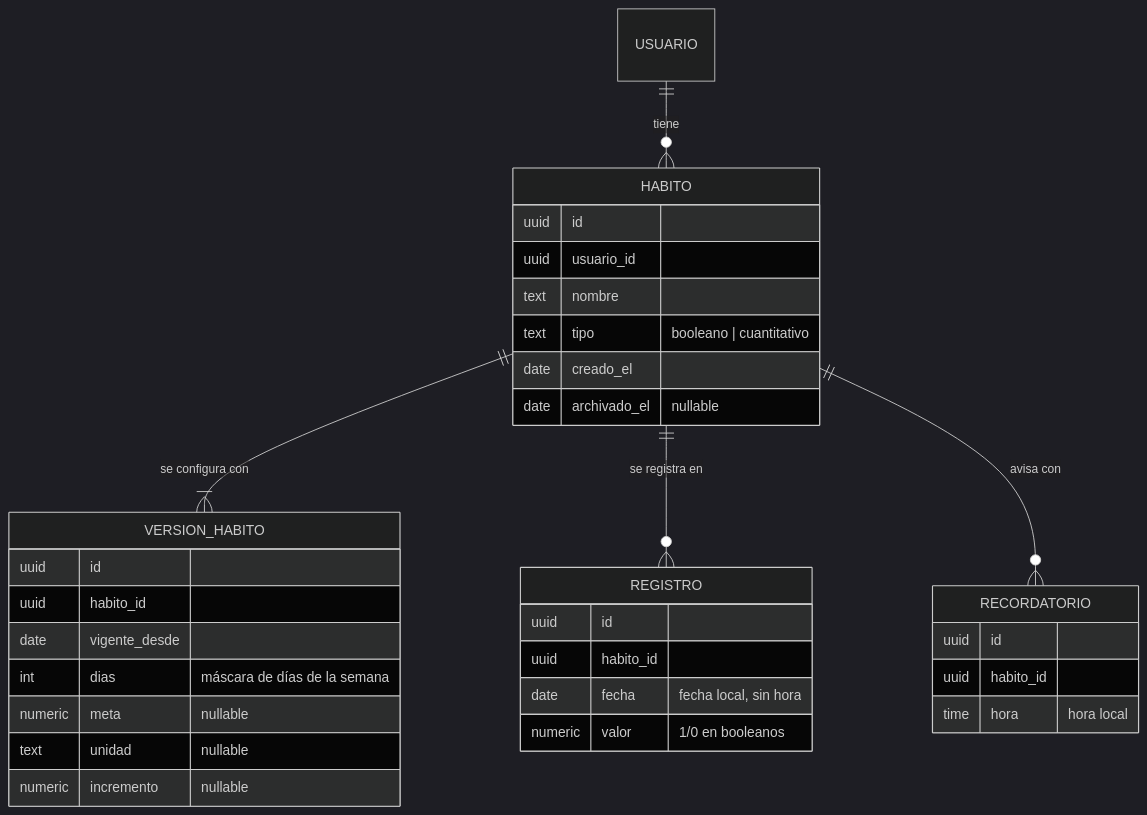
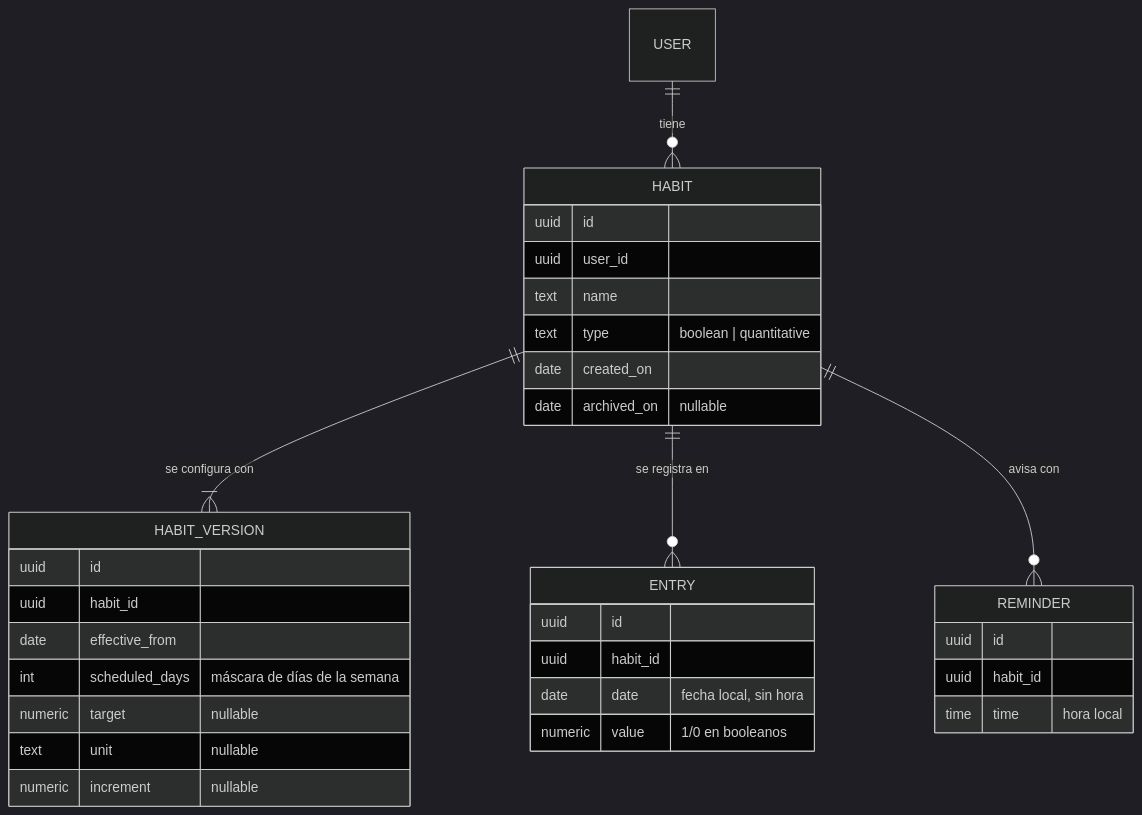
The second of 2 diagrams in docs/arquitectura.md (jota-marcar/habitos), drawn with Mermaid (dark theme) before and after one commit. The commit also changed other lines of this file and 33 other files, not shown here.

````diff
--- a/docs/arquitectura.md
+++ b/docs/arquitectura.md
@@ -89,36 +92,36 @@
 ```mermaid
 erDiagram
-    USUARIO ||--o{ HABITO : tiene
-    HABITO ||--|{ VERSION_HABITO : "se configura con"
-    HABITO ||--o{ REGISTRO : "se registra en"
-    HABITO ||--o{ RECORDATORIO : "avisa con"
+    USER ||--o{ HABIT : tiene
+    HABIT ||--|{ HABIT_VERSION : "se configura con"
+    HABIT ||--o{ ENTRY : "se registra en"
+    HABIT ||--o{ REMINDER : "avisa con"
 
-    HABITO {
+    HABIT {
         uuid id
-        uuid usuario_id
-        text nombre
-        text tipo "booleano | cuantitativo"
-        date creado_el
-        date archivado_el "nullable"
+        uuid user_id
+        text name
+        text type "boolean | quantitative"
+        date created_on
+        date archived_on "nullable"
     }
-    VERSION_HABITO {
+    HABIT_VERSION {
         uuid id
-        uuid habito_id
-        date vigente_desde
-        int dias "máscara de días de la semana"
-        numeric meta "nullable"
-        text unidad "nullable"
-        numeric incremento "nullable"
+        uuid habit_id
+        date effective_from
+        int scheduled_days "máscara de días de la semana"
+        numeric target "nullable"
+        text unit "nullable"
+        numeric increment "nullable"
     }
-    REGISTRO {
+    ENTRY {
         uuid id
-        uuid habito_id
-        date fecha "fecha local, sin hora"
-        numeric valor "1/0 en booleanos"
+        uuid habit_id
+        date date "fecha local, sin hora"
+        numeric value "1/0 en booleanos"
     }
-    RECORDATORIO {
+    REMINDER {
         uuid id
-        uuid habito_id
-        time hora "hora local"
+        uuid habit_id
+        time time "hora local"
     }
 ```
````
